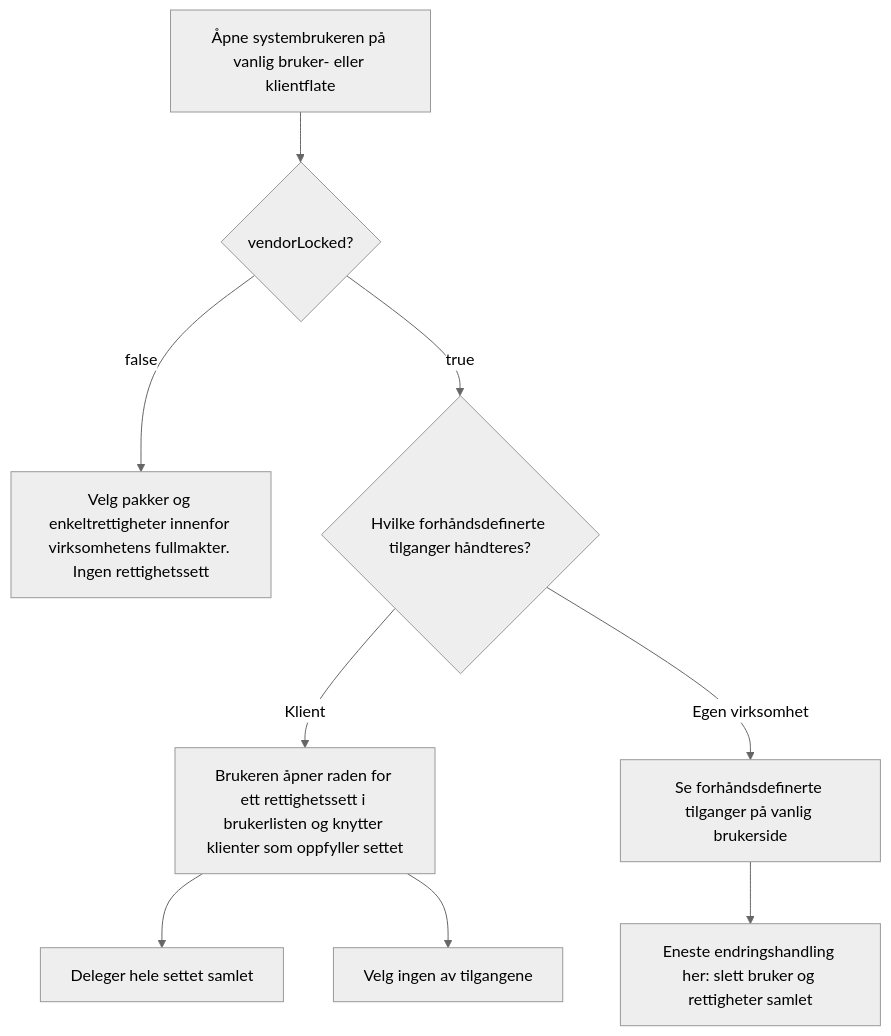
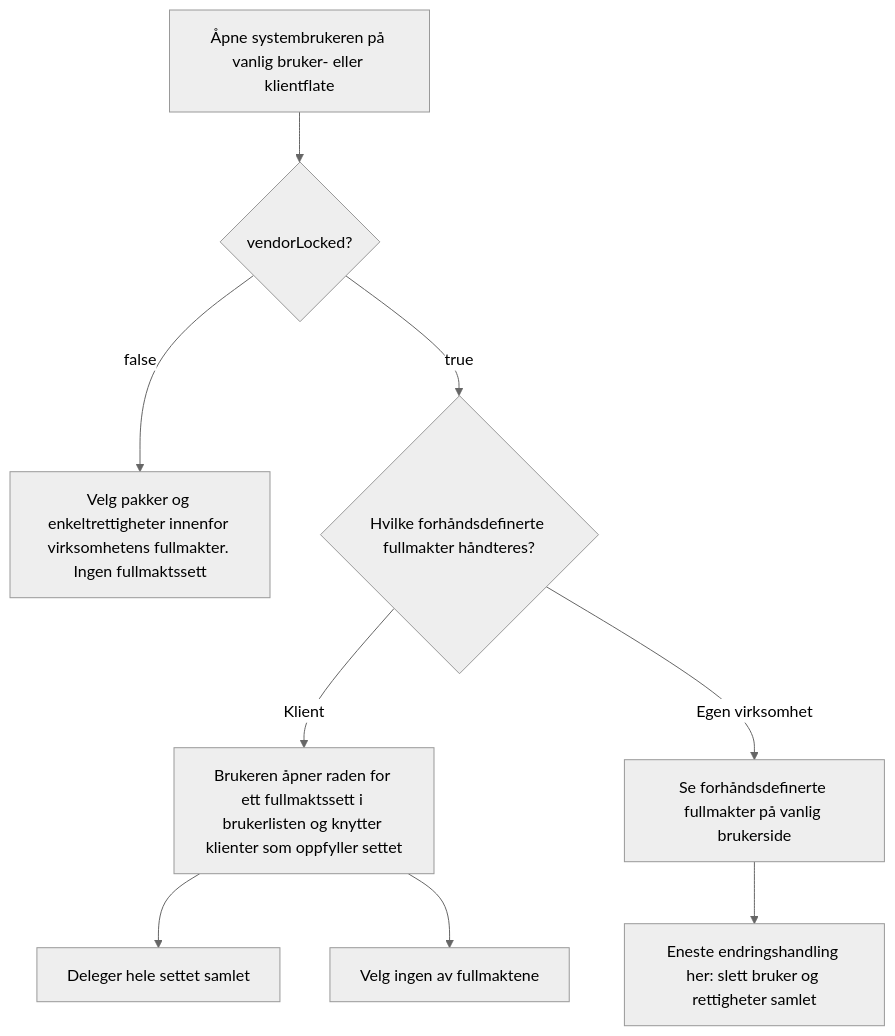
One commit to Altinn/altinn-studio-docs changed the fourth of 7 diagrams in content/authorization/guides/system-vendor/system-user/beslutningstre.nb.md. Above: the diagram before and after it, drawn with Mermaid (neutral theme). The commit also changed other lines of this file and 3 other files, not shown here.

First line of the commit message:
Systembruker: fullmakter og fullmaktssett, og ingen løfter om merker

```diff
--- a/content/authorization/guides/system-vendor/system-user/beslutningstre.nb.md
+++ b/content/authorization/guides/system-vendor/system-user/beslutningstre.nb.md
@@ -77,11 +77,11 @@
 {{< mermaid >}}
 graph TD
   OPEN["Åpne systembrukeren på vanlig bruker- eller klientflate"] --> MODE{"vendorLocked?"}
-  MODE -->|false| CHOOSE["Velg pakker og enkeltrettigheter innenfor virksomhetens fullmakter. Ingen rettighetssett"]
-  MODE -->|true| CONTEXT{"Hvilke forhåndsdefinerte tilganger håndteres?"}
-  CONTEXT -->|Klient| SET["Brukeren åpner raden for ett rettighetssett i brukerlisten og knytter klienter som oppfyller settet"]
+  MODE -->|false| CHOOSE["Velg pakker og enkeltrettigheter innenfor virksomhetens fullmakter. Ingen fullmaktssett"]
+  MODE -->|true| CONTEXT{"Hvilke forhåndsdefinerte fullmakter håndteres?"}
+  CONTEXT -->|Klient| SET["Brukeren åpner raden for ett fullmaktssett i brukerlisten og knytter klienter som oppfyller settet"]
   SET --> ALL["Deleger hele settet samlet"]
-  SET --> NONE["Velg ingen av tilgangene"]
-  CONTEXT -->|Egen virksomhet| VIEW["Se forhåndsdefinerte tilganger på vanlig brukerside"]
+  SET --> NONE["Velg ingen av fullmaktene"]
+  CONTEXT -->|Egen virksomhet| VIEW["Se forhåndsdefinerte fullmakter på vanlig brukerside"]
   VIEW --> DELETE["Eneste endringshandling her: slett bruker og rettigheter samlet"]
 {{< /mermaid >}}
```
